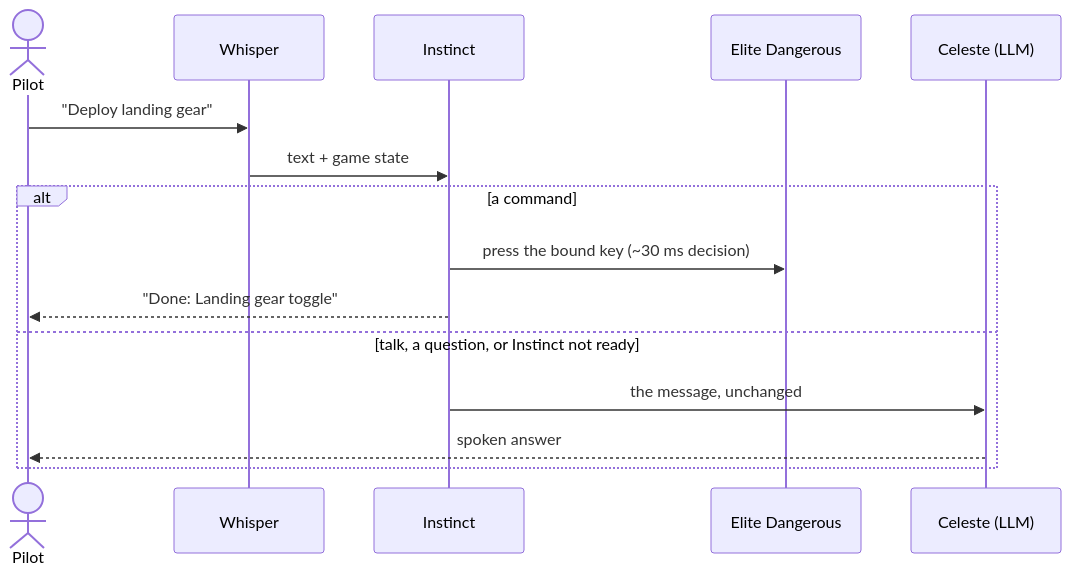
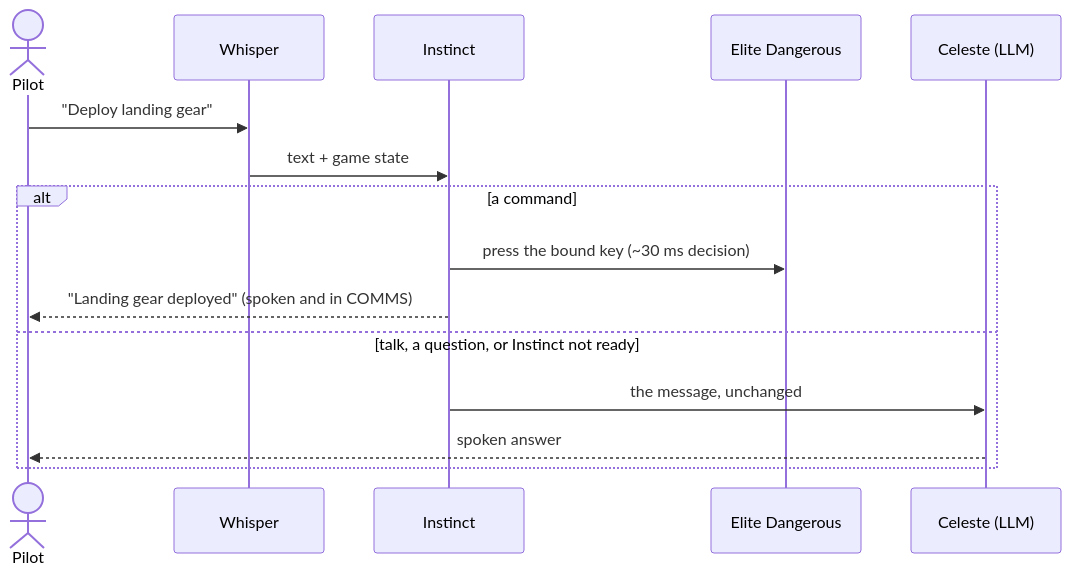
The second of 3 diagrams in README.md (IqSantiagow/EDCeleste), drawn with Mermaid before and after one commit. The commit also changed other lines of this file and 24 other files, not shown here.

````diff
--- a/README.md
+++ b/README.md
@@ -74,18 +74,18 @@
 ```mermaid
 sequenceDiagram
     actor Pilot
     participant STT as Whisper
     participant Instinct
     participant Game as Elite Dangerous
     participant Celeste as Celeste (LLM)
 
     Pilot->>STT: "Deploy landing gear"
     STT->>Instinct: text + game state
     alt a command
         Instinct->>Game: press the bound key (~30 ms decision)
-        Instinct-->>Pilot: "Done: Landing gear toggle"
+        Instinct-->>Pilot: "Landing gear deployed" (spoken and in COMMS)
     else talk, a question, or Instinct not ready
         Instinct->>Celeste: the message, unchanged
         Celeste-->>Pilot: spoken answer
     end
 ```
````
